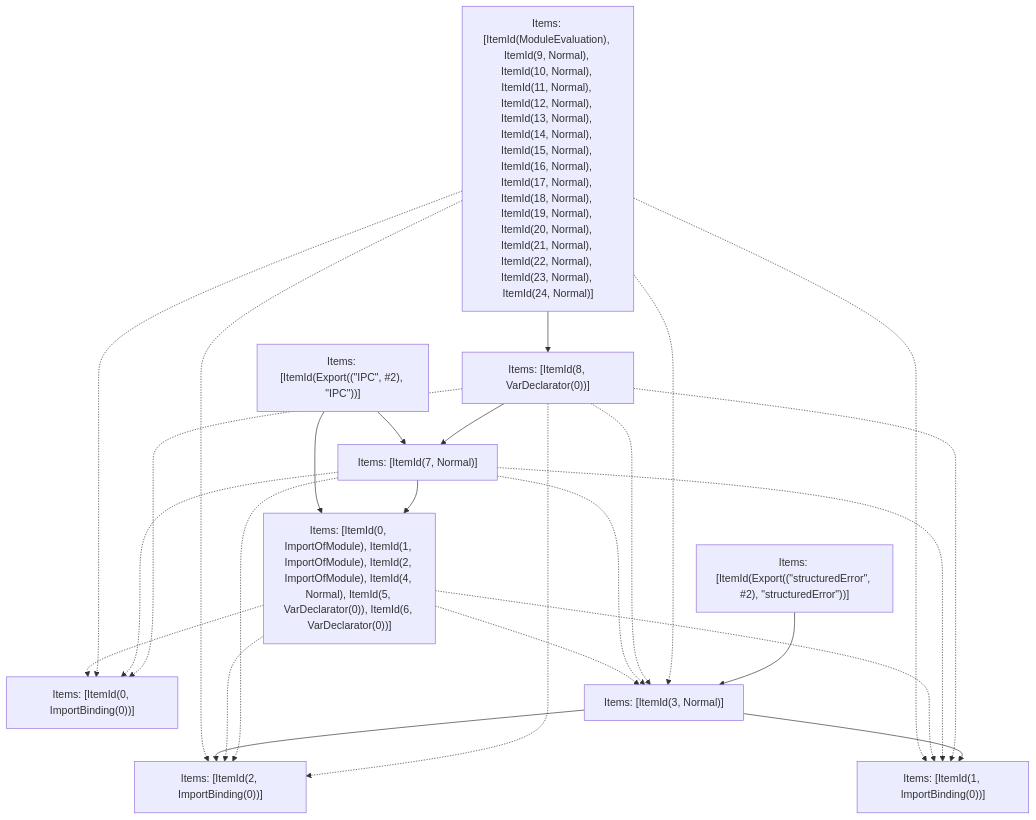
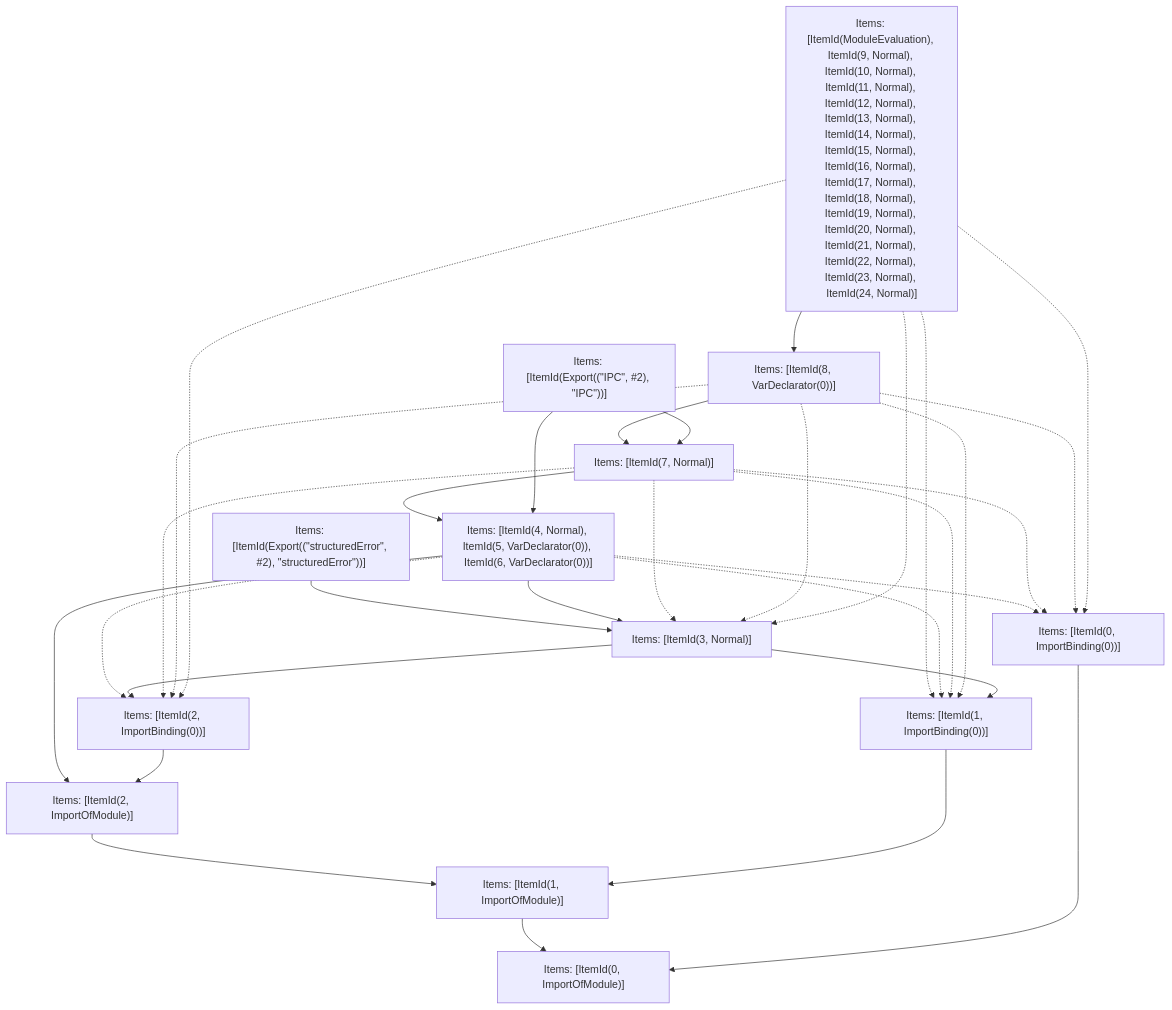
Before and after one commit to Dreitt/nextt: the fifth of 5 diagrams in turbopack/crates/turbopack-ecmascript/tests/tree-shaker/analyzer/ipc-index/output.md, drawn with Mermaid. The commit also changed other lines of this file and 19 other files, not shown here.

````diff
--- a/turbopack/crates/turbopack-ecmascript/tests/tree-shaker/analyzer/ipc-index/output.md
+++ b/turbopack/crates/turbopack-ecmascript/tests/tree-shaker/analyzer/ipc-index/output.md
@@ -968,37 +968,46 @@
 ```mermaid
 graph TD
     N0["Items: [ItemId(ModuleEvaluation), ItemId(9, Normal), ItemId(10, Normal), ItemId(11, Normal), ItemId(12, Normal), ItemId(13, Normal), ItemId(14, Normal), ItemId(15, Normal), ItemId(16, Normal), ItemId(17, Normal), ItemId(18, Normal), ItemId(19, Normal), ItemId(20, Normal), ItemId(21, Normal), ItemId(22, Normal), ItemId(23, Normal), ItemId(24, Normal)]"];
     N1["Items: [ItemId(Export((&quot;IPC&quot;, #2), &quot;IPC&quot;))]"];
     N2["Items: [ItemId(Export((&quot;structuredError&quot;, #2), &quot;structuredError&quot;))]"];
-    N3["Items: [ItemId(0, ImportOfModule), ItemId(1, ImportOfModule), ItemId(2, ImportOfModule), ItemId(4, Normal), ItemId(5, VarDeclarator(0)), ItemId(6, VarDeclarator(0))]"];
+    N3["Items: [ItemId(0, ImportOfModule)]"];
     N4["Items: [ItemId(0, ImportBinding(0))]"];
-    N5["Items: [ItemId(1, ImportBinding(0))]"];
-    N6["Items: [ItemId(2, ImportBinding(0))]"];
-    N7["Items: [ItemId(3, Normal)]"];
-    N8["Items: [ItemId(7, Normal)]"];
-    N9["Items: [ItemId(8, VarDeclarator(0))]"];
-    N3 -.-> N7;
+    N5["Items: [ItemId(1, ImportOfModule)]"];
+    N6["Items: [ItemId(1, ImportBinding(0))]"];
+    N7["Items: [ItemId(2, ImportOfModule)]"];
+    N8["Items: [ItemId(2, ImportBinding(0))]"];
+    N9["Items: [ItemId(3, Normal)]"];
+    N10["Items: [ItemId(4, Normal), ItemId(5, VarDeclarator(0)), ItemId(6, VarDeclarator(0))]"];
+    N11["Items: [ItemId(7, Normal)]"];
+    N12["Items: [ItemId(8, VarDeclarator(0))]"];
+    N5 --> N3;
+    N7 --> N5;
+    N2 --> N9;
+    N10 --> N9;
+    N10 -.-> N4;
+    N10 -.-> N8;
+    N10 --> N7;
     N0 -.-> N6;
-    N1 --> N3;
-    N7 --> N6;
-    N0 --> N9;
-    N3 -.-> N4;
-    N0 -.-> N5;
-    N1 --> N8;
+    N9 --> N8;
+    N10 -.-> N6;
+    N11 --> N10;
+    N11 -.-> N8;
+    N11 -.-> N6;
+    N11 -.-> N4;
+    N11 -.-> N9;
+    N12 --> N11;
+    N12 -.-> N8;
+    N12 -.-> N6;
+    N12 -.-> N4;
+    N12 -.-> N9;
+    N4 --> N3;
+    N9 --> N6;
+    N0 -.-> N8;
+    N1 --> N11;
+    N1 --> N10;
+    N6 --> N5;
+    N8 --> N7;
+    N0 --> N12;
+    N0 -.-> N9;
     N0 -.-> N4;
-    N3 -.-> N6;
-    N3 -.-> N5;
-    N8 --> N3;
-    N8 -.-> N6;
-    N8 -.-> N5;
-    N8 -.-> N4;
-    N8 -.-> N7;
-    N9 --> N8;
-    N9 -.-> N6;
-    N9 -.-> N5;
-    N9 -.-> N4;
-    N9 -.-> N7;
-    N7 --> N5;
-    N0 -.-> N7;
-    N2 --> N7;
 ```
````
